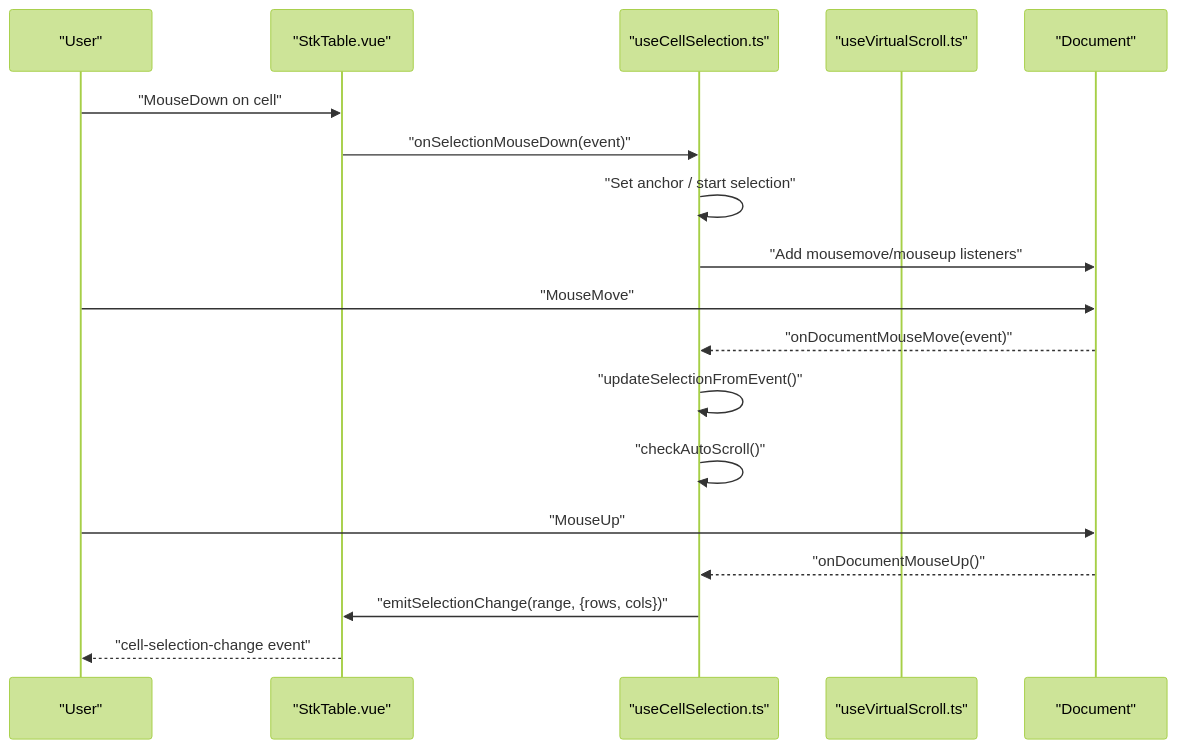
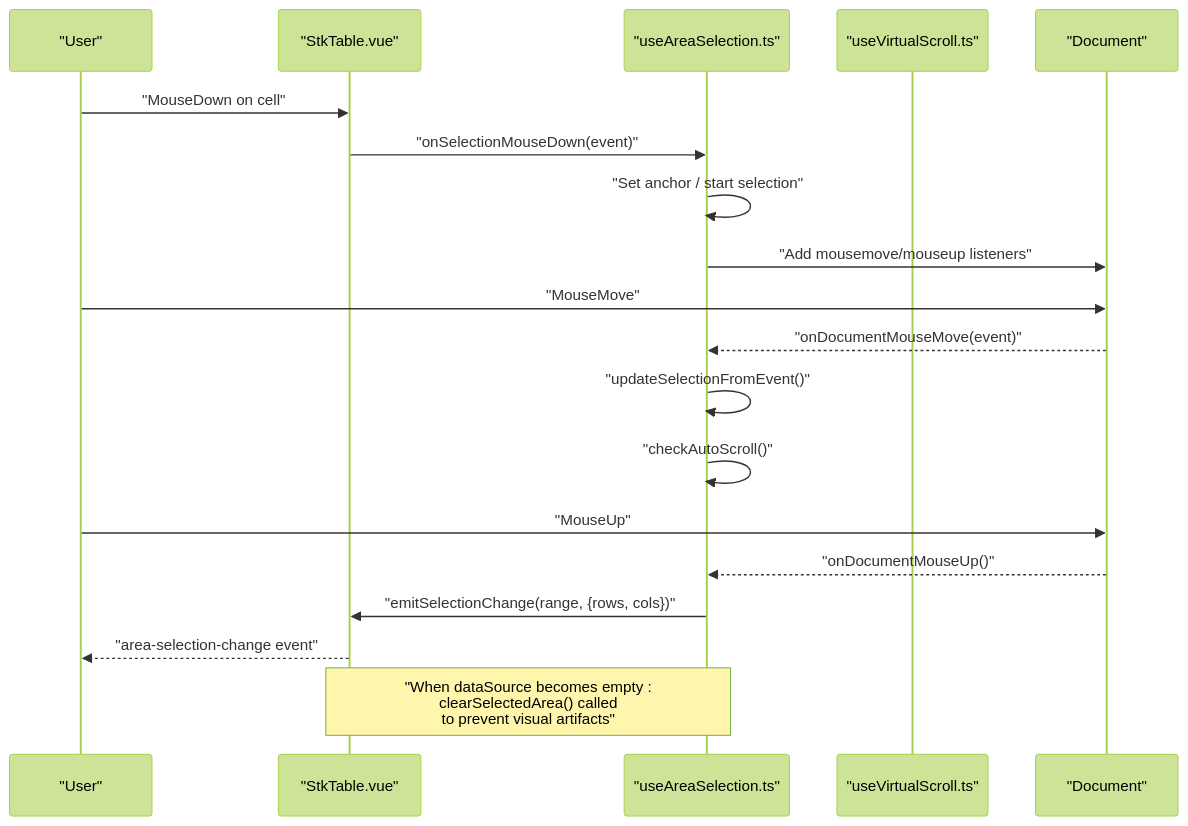
Before and after one commit to ja-plus/stk-table-vue: the second of 9 diagrams in .qoder/repowiki/en/content/Core Concepts/Selection and Interaction Mechanisms.md, drawn with Mermaid (forest theme). The commit also changed other lines of this file and 4 other files, not shown here.

````diff
--- a/.qoder/repowiki/en/content/Core Concepts/Selection and Interaction Mechanisms.md
+++ b/.qoder/repowiki/en/content/Core Concepts/Selection and Interaction Mechanisms.md
@@ -101,20 +123,21 @@
 ```mermaid
 sequenceDiagram
 participant User as "User"
 participant Table as "StkTable.vue"
-participant Sel as "useCellSelection.ts"
+participant Sel as "useAreaSelection.ts"
 participant Virt as "useVirtualScroll.ts"
 participant Doc as "Document"
 User->>Table : "MouseDown on cell"
 Table->>Sel : "onSelectionMouseDown(event)"
 Sel->>Sel : "Set anchor / start selection"
 Sel->>Doc : "Add mousemove/mouseup listeners"
 User->>Doc : "MouseMove"
 Doc-->>Sel : "onDocumentMouseMove(event)"
 Sel->>Sel : "updateSelectionFromEvent()"
 Sel->>Sel : "checkAutoScroll()"
 User->>Doc : "MouseUp"
 Doc-->>Sel : "onDocumentMouseUp()"
 Sel->>Table : "emitSelectionChange(range, {rows, cols})"
-Table-->>User : "cell-selection-change event"
+Table-->>User : "area-selection-change event"
+Note over Table,Sel : "When dataSource becomes empty : <br/>clearSelectedArea() called<br/>to prevent visual artifacts"
 ```
````
